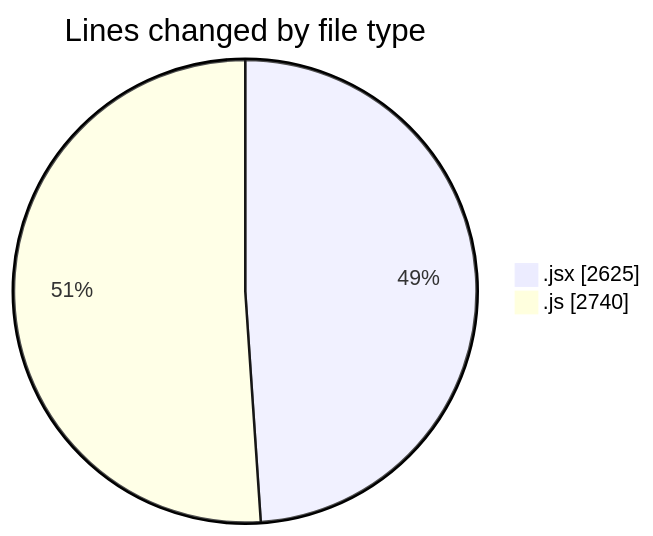
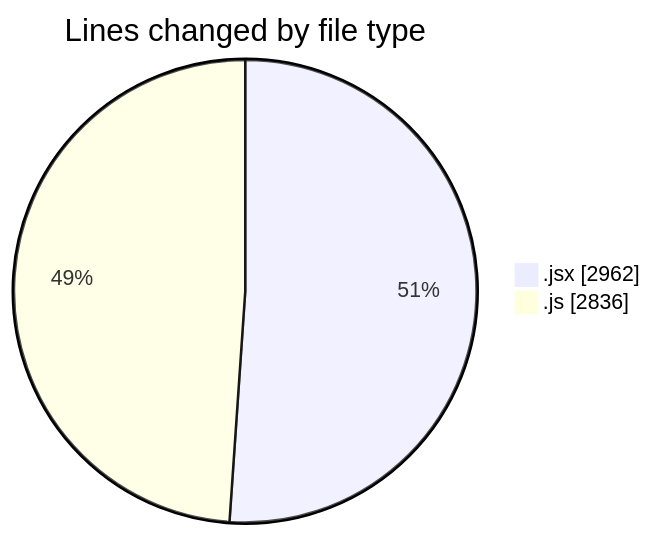
Before and after one commit to nxtqubesakshisongat/code-tracking: the first of 2 diagrams in 2025-09-23/nxtqube_webapp/README.md, drawn with Mermaid. The commit also changed other lines of this file and 1 other file, not shown here.

````diff
--- a/2025-09-23/nxtqube_webapp/README.md
+++ b/2025-09-23/nxtqube_webapp/README.md
@@ -23,6 +23,6 @@
 ```mermaid
 pie showData
 title Lines changed by file type
-".jsx" : 2625
-".js" : 2740
+".jsx" : 2962
+".js" : 2836
 ```
````
